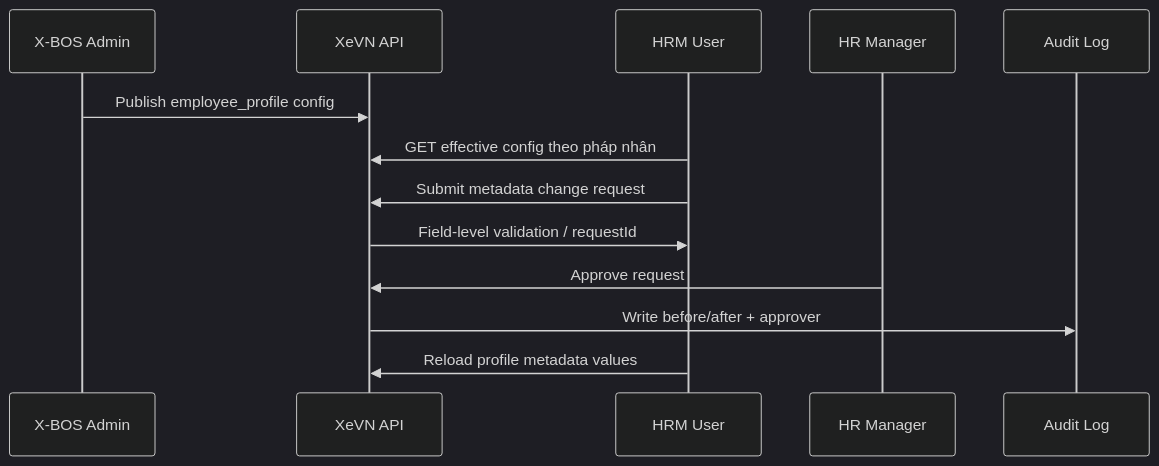
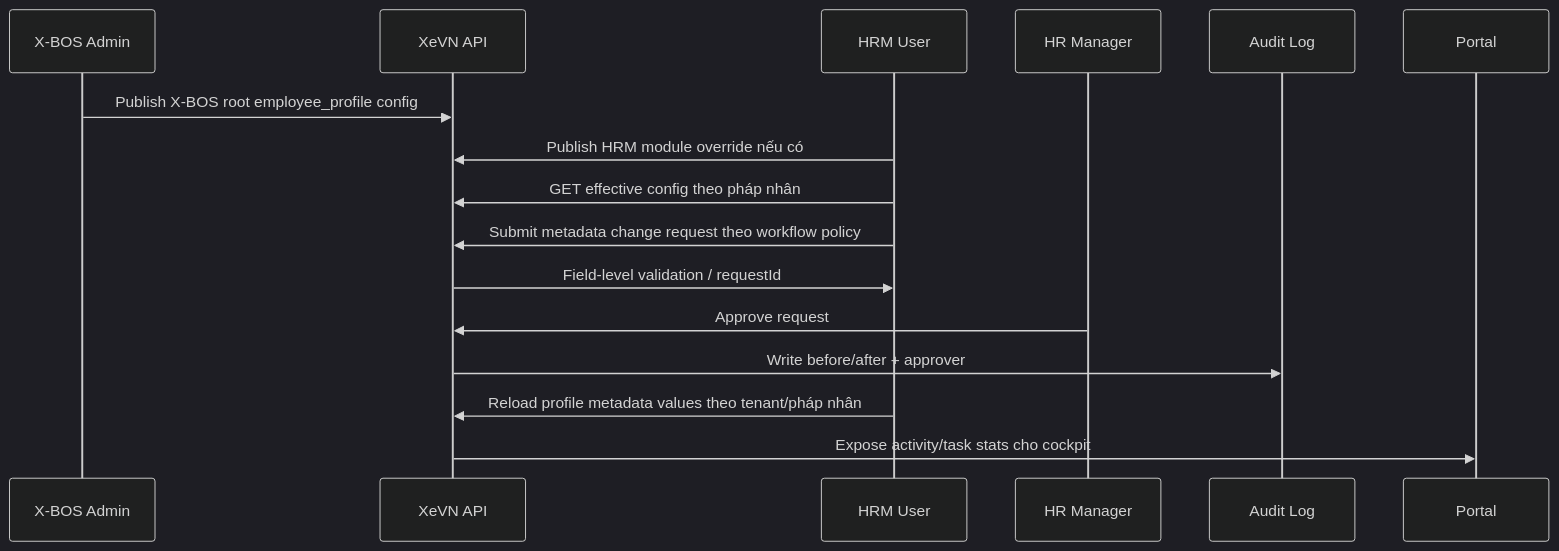
Before and after one commit to tuanna-maker/xevn-ecosystem: the diagram in docs/PRODUCT_BACKLOG_GOLDEN_FLOW.md, drawn with Mermaid (dark theme). The commit also changed other lines of this file and 5 other files, not shown here.

Commit message:
Align ecosystem config architecture and HRM cockpit

````diff
--- a/docs/PRODUCT_BACKLOG_GOLDEN_FLOW.md
+++ b/docs/PRODUCT_BACKLOG_GOLDEN_FLOW.md
@@ -6,16 +13,18 @@
 ```mermaid
 sequenceDiagram
   participant Admin as X-BOS Admin
   participant API as XeVN API
   participant HR as HRM User
   participant Manager as HR Manager
   participant Audit as Audit Log
 
-  Admin->>API: Publish employee_profile config
+  Admin->>API: Publish X-BOS root employee_profile config
+  HR->>API: Publish HRM module override nếu có
   HR->>API: GET effective config theo pháp nhân
-  HR->>API: Submit metadata change request
+  HR->>API: Submit metadata change request theo workflow policy
   API->>HR: Field-level validation / requestId
   Manager->>API: Approve request
   API->>Audit: Write before/after + approver
-  HR->>API: Reload profile metadata values
+  HR->>API: Reload profile metadata values theo tenant/pháp nhân
+  API->>Portal: Expose activity/task stats cho cockpit
 ```
````
